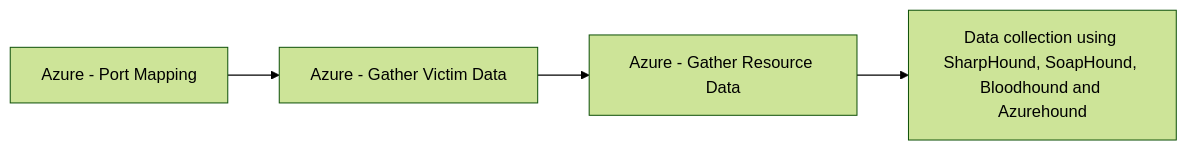
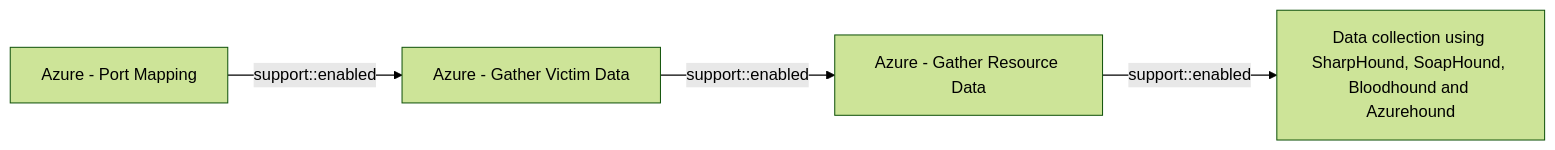
One commit to opentidehq/library changed the diagram in docs/threats/azure-port-mapping.md. Above: the diagram before and after it, drawn with Mermaid (forest theme). The commit also changed other lines of this file and 277 other files, not shown here.

````diff
--- a/docs/threats/azure-port-mapping.md
+++ b/docs/threats/azure-port-mapping.md
@@ -50,10 +82,10 @@
 ```mermaid
 flowchart LR
 394dde97_4a8c_4b6a_8f8b_c6bf18a7a87f["Azure - Port Mapping"]
 4e7eae8e_6615_41f2_bfe1_21a04f7a6088["Azure - Gather Victim Data"]
 b1593e0b_1b3b_462d_9ab6_21d1c136469d["Azure - Gather Resource Data"]
 53063205_4404_4e6d_a2f5_d566c6085d96["Data collection using SharpHound, SoapHound, Bloodhound and Azurehound"]
-394dde97_4a8c_4b6a_8f8b_c6bf18a7a87f --> 4e7eae8e_6615_41f2_bfe1_21a04f7a6088
-4e7eae8e_6615_41f2_bfe1_21a04f7a6088 --> b1593e0b_1b3b_462d_9ab6_21d1c136469d
-b1593e0b_1b3b_462d_9ab6_21d1c136469d --> 53063205_4404_4e6d_a2f5_d566c6085d96
+394dde97_4a8c_4b6a_8f8b_c6bf18a7a87f -->|support::enabled| 4e7eae8e_6615_41f2_bfe1_21a04f7a6088
+4e7eae8e_6615_41f2_bfe1_21a04f7a6088 -->|support::enabled| b1593e0b_1b3b_462d_9ab6_21d1c136469d
+b1593e0b_1b3b_462d_9ab6_21d1c136469d -->|support::enabled| 53063205_4404_4e6d_a2f5_d566c6085d96
 ```
````
